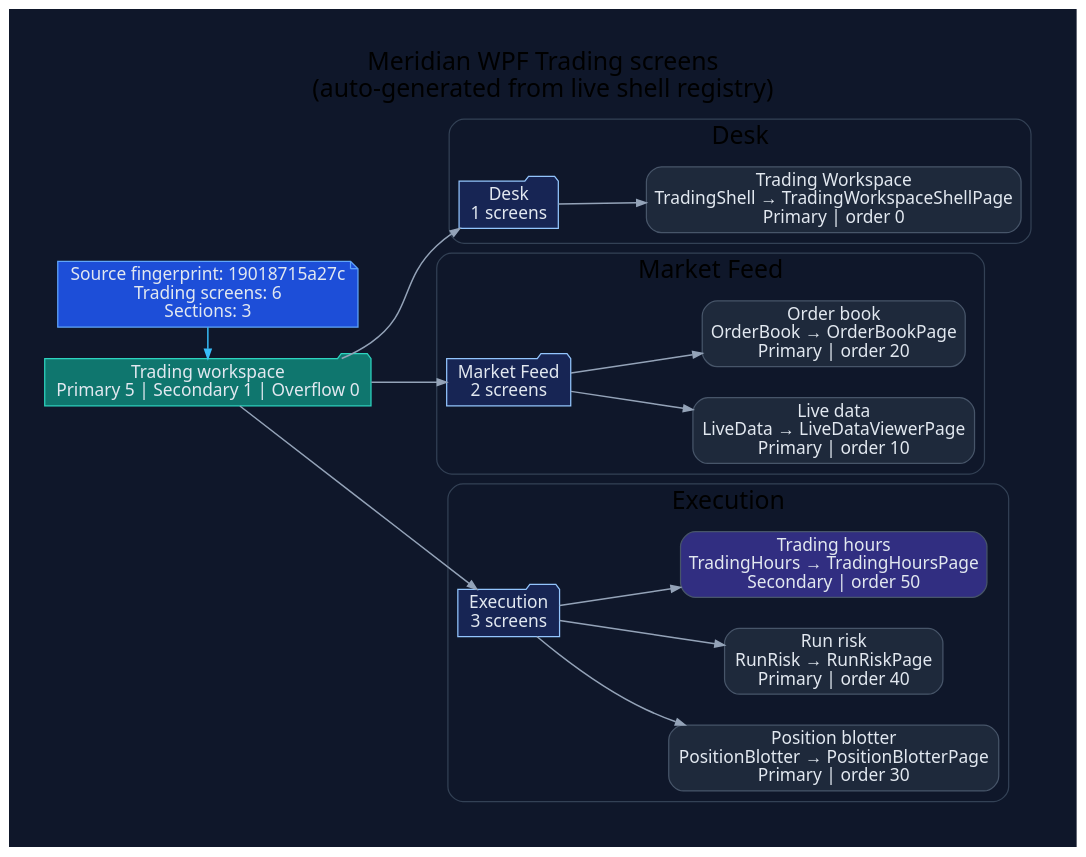
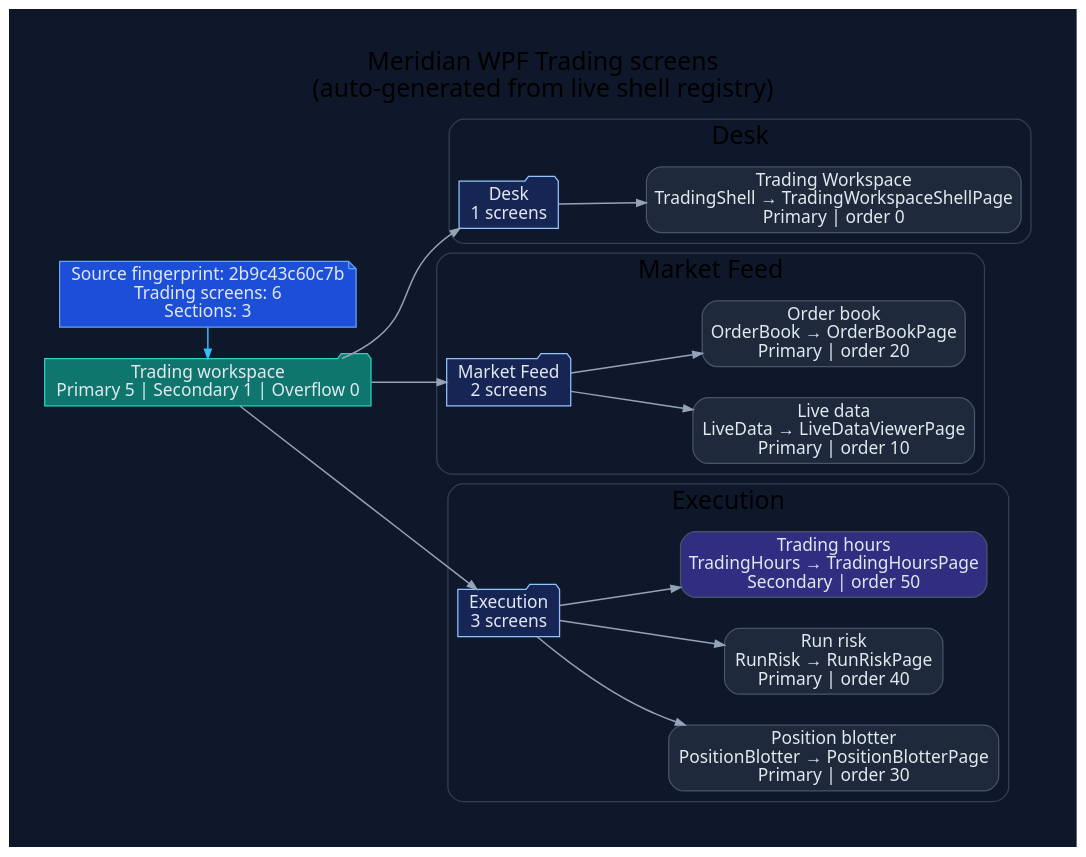
The diagram in docs/diagrams/ui/ui-wpf-screens-trading.dot (rodoHasArrived/Meridian-main), drawn with Graphviz before and after one commit. The commit also changed 45 other files, not shown here.

First line of the commit message:
docs: regenerate diagrams and doc-health after the governance fixes

```diff
--- a/docs/diagrams/ui/ui-wpf-screens-trading.dot
+++ b/docs/diagrams/ui/ui-wpf-screens-trading.dot
@@ -1,62 +1,62 @@
 // -----------------------------------------------------------------------------
 // <auto-generated>
 // Generated by scripts/generate-diagrams.mjs.
 // Do not edit this file directly; update the WPF source files instead.
 // -----------------------------------------------------------------------------
 digraph WpfTradingScreens {
   graph [
     rankdir=LR,
     labelloc=t,
     label="Meridian WPF Trading screens\n(auto-generated from live shell registry)",
     fontname="Segoe UI",
     fontsize=20,
     pad=0.4,
     nodesep=0.35,
     ranksep=0.85,
     bgcolor="#0f172a"
   ];
   node [fontname="Segoe UI", shape=box, style="rounded,filled", color="#475569", fontcolor="#e2e8f0", fillcolor="#1e293b"];
   edge [fontname="Segoe UI", color="#94a3b8", penwidth=1.2, arrowsize=0.75];
 
-  generated [shape=note, fillcolor="#1d4ed8", color="#60a5fa", label="Source fingerprint: 19018715a27c\nTrading screens: 6\nSections: 3"];
+  generated [shape=note, fillcolor="#1d4ed8", color="#60a5fa", label="Source fingerprint: 2b9c43c60c7b\nTrading screens: 6\nSections: 3"];
   workspace [shape=folder, fillcolor="#0f766e", color="#2dd4bf", label="Trading workspace\nPrimary 5 | Secondary 1 | Overflow 0"];
   generated -> workspace [color="#38bdf8"];
 
   subgraph cluster_section_1 {
     label="Desk";
     color="#334155";
     style="rounded";
     section_1 [shape=folder, fillcolor="#172554", color="#93c5fd", label="Desk\n1 screens"];
     workspace -> section_1;
     screen_TradingShell [fillcolor="#1e293b", label="Trading Workspace\nTradingShell → TradingWorkspaceShellPage\nPrimary | order 0"];
     section_1 -> screen_TradingShell;
   }
 
   subgraph cluster_section_2 {
     label="Market Feed";
     color="#334155";
     style="rounded";
     section_2 [shape=folder, fillcolor="#172554", color="#93c5fd", label="Market Feed\n2 screens"];
     workspace -> section_2;
     screen_LiveData [fillcolor="#1e293b", label="Live data\nLiveData → LiveDataViewerPage\nPrimary | order 10"];
     section_2 -> screen_LiveData;
     screen_OrderBook [fillcolor="#1e293b", label="Order book\nOrderBook → OrderBookPage\nPrimary | order 20"];
     section_2 -> screen_OrderBook;
   }
 
   subgraph cluster_section_3 {
     label="Execution";
     color="#334155";
     style="rounded";
     section_3 [shape=folder, fillcolor="#172554", color="#93c5fd", label="Execution\n3 screens"];
     workspace -> section_3;
     screen_PositionBlotter [fillcolor="#1e293b", label="Position blotter\nPositionBlotter → PositionBlotterPage\nPrimary | order 30"];
     section_3 -> screen_PositionBlotter;
     screen_RunRisk [fillcolor="#1e293b", label="Run risk\nRunRisk → RunRiskPage\nPrimary | order 40"];
     section_3 -> screen_RunRisk;
     screen_TradingHours [fillcolor="#312e81", label="Trading hours\nTradingHours → TradingHoursPage\nSecondary | order 50"];
     section_3 -> screen_TradingHours;
   }
 
   { rank=min; generated; workspace; }
 }
```
